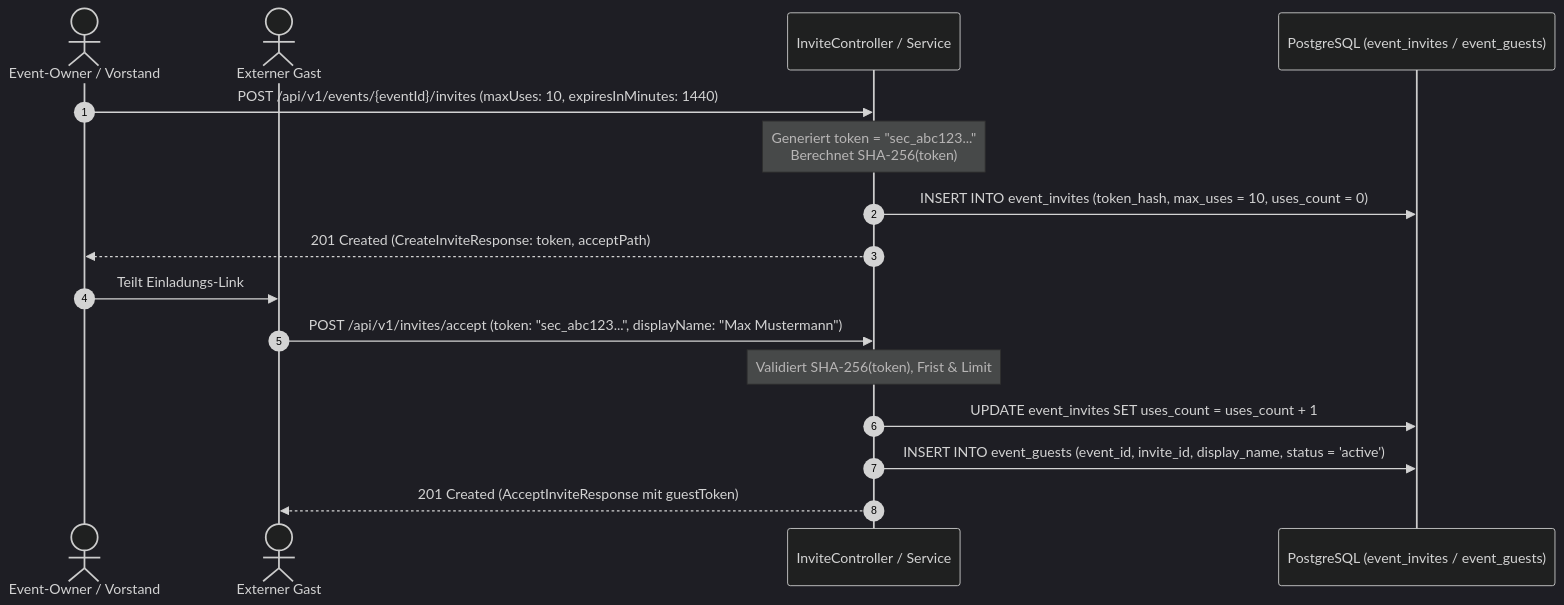
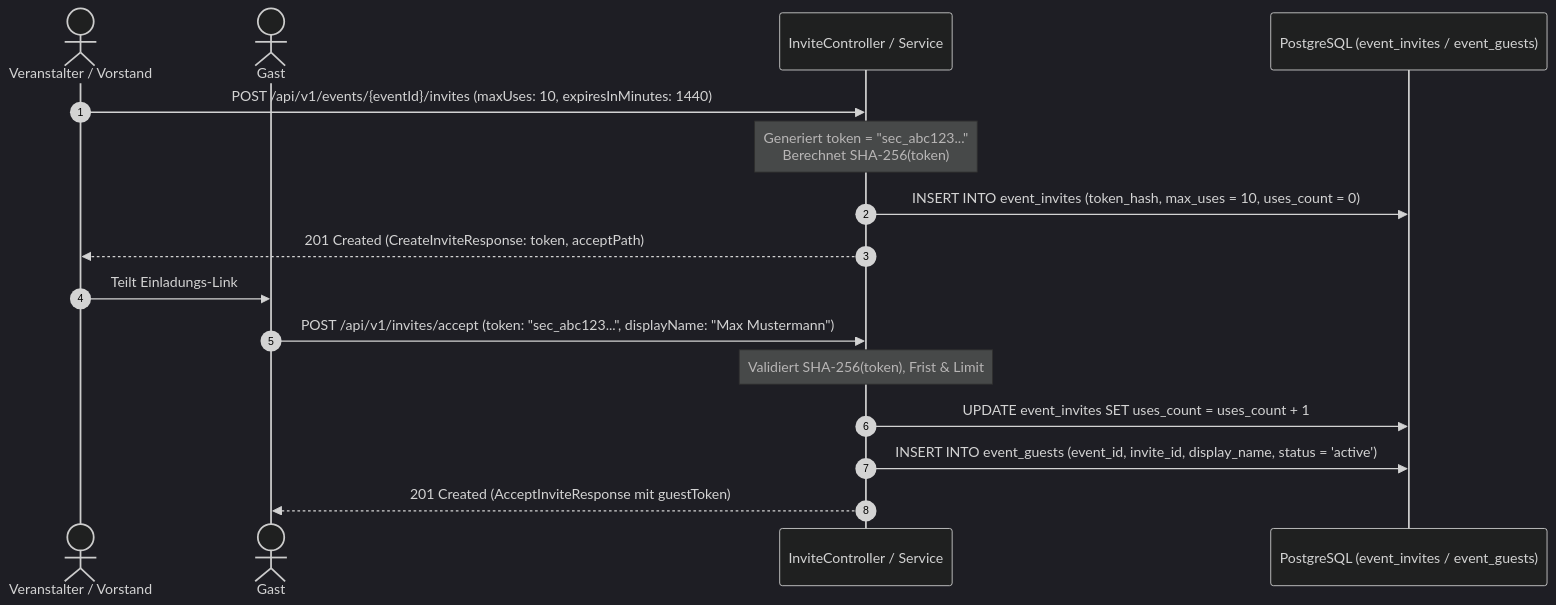
Before and after one commit to damaurer/vereint: the second of 2 diagrams in docs/domains/events-and-invites.md, drawn with Mermaid (dark theme). The commit also changed other lines of this file and 20 other files, not shown here.

````diff
--- a/docs/domains/events-and-invites.md
+++ b/docs/domains/events-and-invites.md
@@ -120,20 +135,20 @@
 ```mermaid
 sequenceDiagram
     autonumber
-    actor Board as Event-Owner / Vorstand
-    actor Guest as Externer Gast
+    actor Board as Veranstalter / Vorstand
+    actor Guest as Gast
     participant Spring as InviteController / Service
     participant DB as PostgreSQL (event_invites / event_guests)
 
     Board->>Spring: POST /api/v1/events/{eventId}/invites (maxUses: 10, expiresInMinutes: 1440)
     Note over Spring: Generiert token = "sec_abc123..."<br/>Berechnet SHA-256(token)
     Spring->>DB: INSERT INTO event_invites (token_hash, max_uses = 10, uses_count = 0)
     Spring-->>Board: 201 Created (CreateInviteResponse: token, acceptPath)
 
     Board->>Guest: Teilt Einladungs-Link
     Guest->>Spring: POST /api/v1/invites/accept (token: "sec_abc123...", displayName: "Max Mustermann")
     Note over Spring: Validiert SHA-256(token), Frist & Limit
     Spring->>DB: UPDATE event_invites SET uses_count = uses_count + 1
     Spring->>DB: INSERT INTO event_guests (event_id, invite_id, display_name, status = 'active')
     Spring-->>Guest: 201 Created (AcceptInviteResponse mit guestToken)
 ```
````
